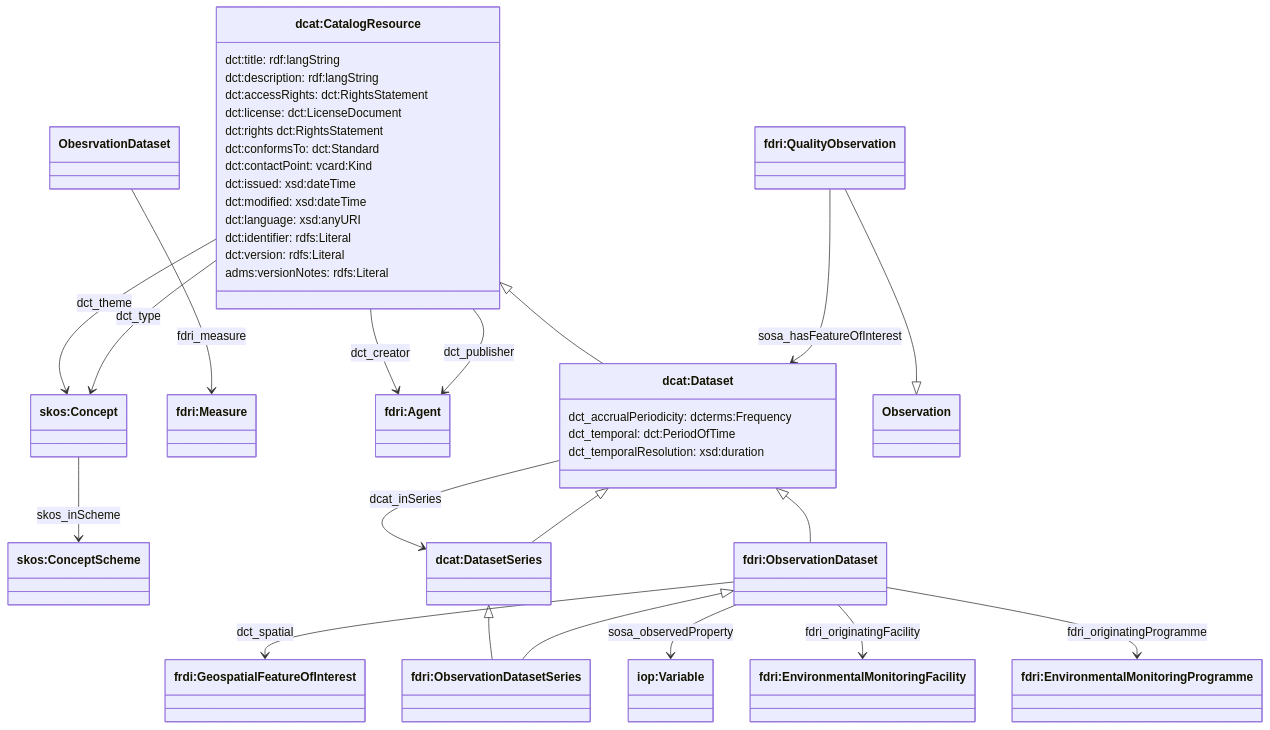
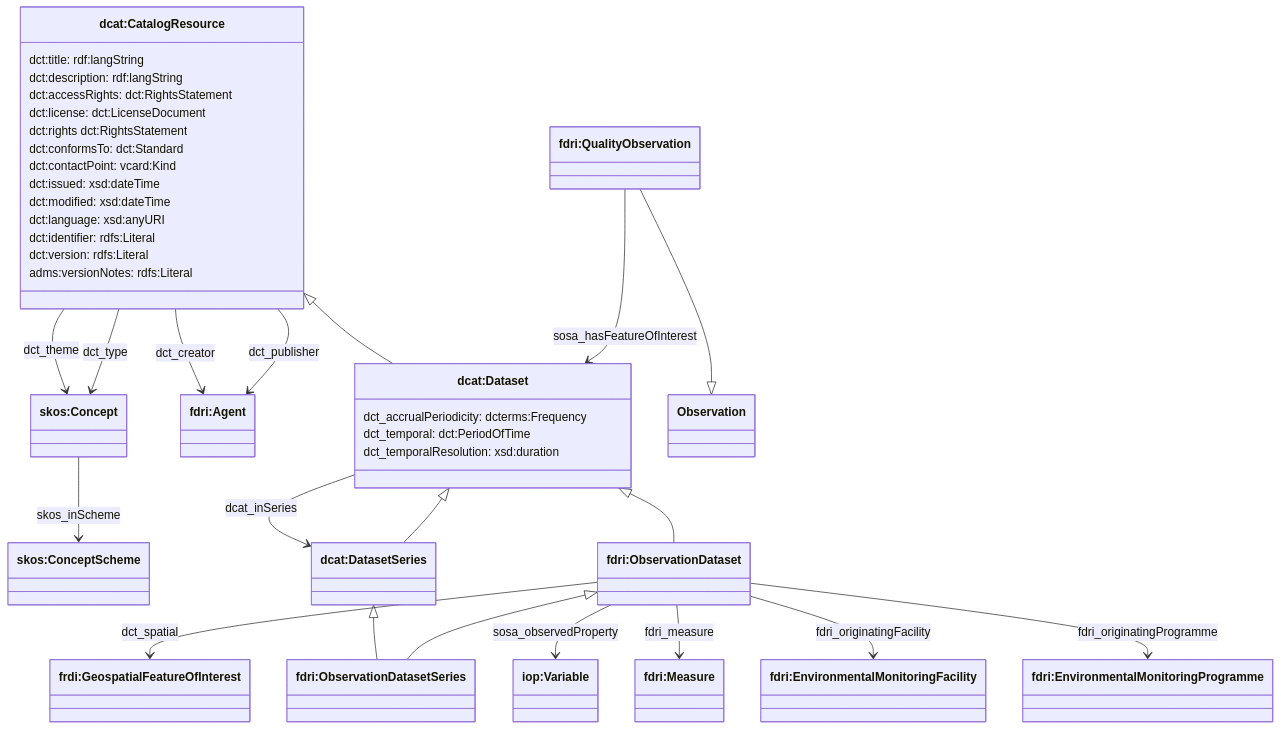
The third of 3 diagrams in doc/high-level-catalog-structure.md (NERC-CEH/fdri-ontology), drawn with Mermaid before and after one commit.

Commit message:
Update high-level-catalog-structure.md
Minor type that broke diagram linkage

````diff
--- a/doc/high-level-catalog-structure.md
+++ b/doc/high-level-catalog-structure.md
@@ -115,59 +115,59 @@
 ```mermaid
   classDiagram
   class CatalogResource["dcat:CatalogResource"]
   class Concept["skos:Concept"]
   class ConceptScheme["skos:ConceptScheme"]
   class ObservedProperty["iop:Variable"]
   class Measure["fdri:Measure"]
   class Program["fdri:EnvironmentalMonitoringProgramme"]
   class Facility["fdri:EnvironmentalMonitoringFacility"]
   class Agent["fdri:Agent"]
   class GeospatialFeatureOfInterest["frdi:GeospatialFeatureOfInterest"]
   class QualityObservation["fdri:QualityObservation"]
   class Dataset["dcat:Dataset"]
   class ObservationDataset["fdri:ObservationDataset"]
   class ObservationDatasetSeries["fdri:ObservationDatasetSeries"]
   class DatasetSeries["dcat:DatasetSeries"]
   class Dataset {
     dct_accrualPeriodicity: dcterms:Frequency
     dct_temporal: dct:PeriodOfTime
     dct_temporalResolution: xsd:duration
   }
   class CatalogResource {
     dct:title: rdf:langString
     dct:description: rdf:langString
 
     dct:accessRights: dct:RightsStatement
     dct:license: dct:LicenseDocument
     dct:rights dct:RightsStatement
 
     dct:conformsTo: dct:Standard
     dct:contactPoint: vcard:Kind
     dct:issued: xsd:dateTime
     dct:modified: xsd:dateTime
     dct:language: xsd:anyURI
     dct:identifier: rdfs:Literal
 
     dct:version: rdfs:Literal
     adms:versionNotes: rdfs:Literal
   }
 
   CatalogResource <|-- Dataset
   Concept --> ConceptScheme: skos_inScheme
   ObservationDataset --> GeospatialFeatureOfInterest : dct_spatial
   Dataset <|-- ObservationDataset
   DatasetSeries <|-- ObservationDatasetSeries
   ObservationDataset <|-- ObservationDatasetSeries
   CatalogResource --> Concept: dct_theme
   ObservationDataset --> ObservedProperty: sosa_observedProperty
-  ObesrvationDataset --> Measure: fdri_measure
+  ObservationDataset --> Measure: fdri_measure
   ObservationDataset --> Facility: fdri_originatingFacility
   ObservationDataset --> Program: fdri_originatingProgramme
   CatalogResource --> Agent: dct_creator
   CatalogResource --> Agent: dct_publisher
   DatasetSeries --|> Dataset
   Dataset --> DatasetSeries: dcat_inSeries
   CatalogResource --> Concept: dct_type
   QualityObservation --|> Observation
   QualityObservation --> Dataset: sosa_hasFeatureOfInterest
 ```
````
